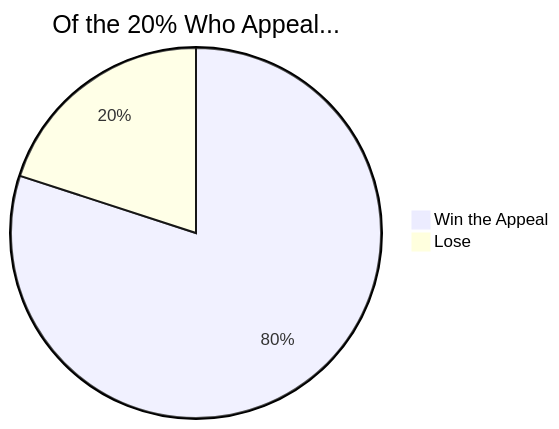
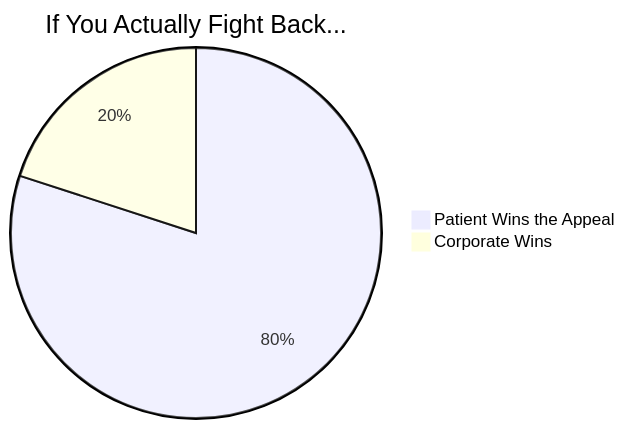
One commit to Iceman-Dann/UnDenied changed the second of 2 diagrams in README.md. Above: the diagram before and after it, drawn with Mermaid. The commit also changed other lines of this file, not shown here.

````diff
--- a/README.md
+++ b/README.md
@@ -71,5 +63,5 @@
 ```mermaid
-pie title Of the 20% Who Appeal...
-    "Win the Appeal" : 80
-    "Lose" : 20
+pie title If You Actually Fight Back...
+    "Patient Wins the Appeal" : 80
+    "Corporate Wins" : 20
 ```
````
